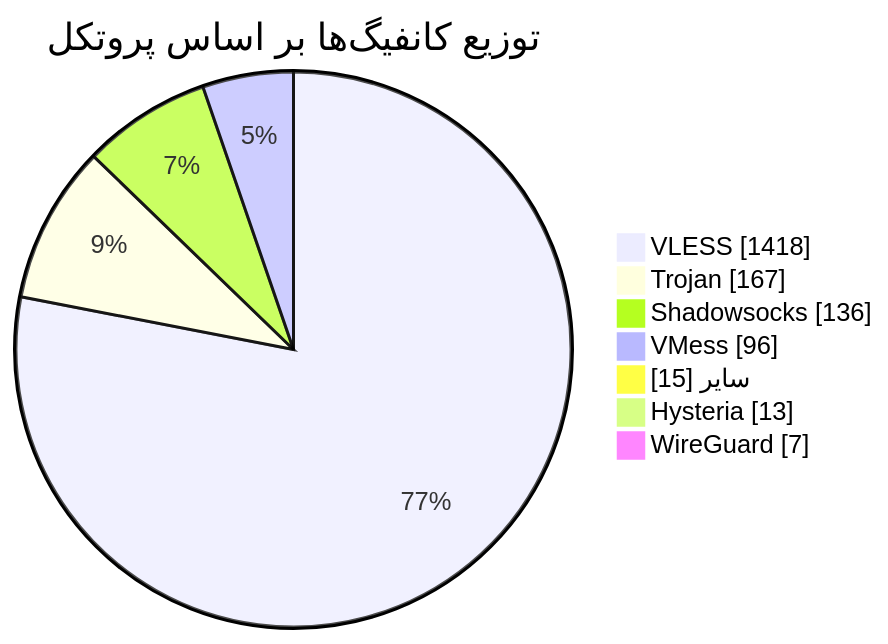
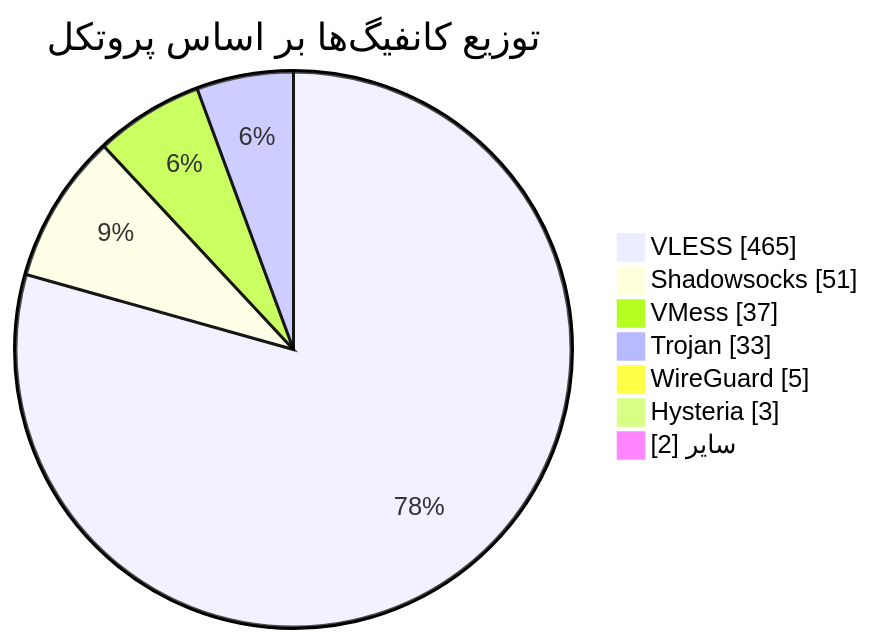
The diagram in README.md (Arian-Alijani/Somthing), drawn with Mermaid before and after one commit. The commit also changed other lines of this file and 21 other files, not shown here.

````diff
--- a/README.md
+++ b/README.md
@@ -49,11 +49,11 @@
 ```mermaid
 pie showData
     title توزیع کانفیگ‌ها بر اساس پروتکل
-    "VLESS" : 1418
-    "Trojan" : 167
-    "Shadowsocks" : 136
-    "VMess" : 96
-    "سایر" : 15
-    "Hysteria" : 13
-    "WireGuard" : 7
+    "VLESS" : 465
+    "Shadowsocks" : 51
+    "VMess" : 37
+    "Trojan" : 33
+    "WireGuard" : 5
+    "Hysteria" : 3
+    "سایر" : 2
 ```
````
